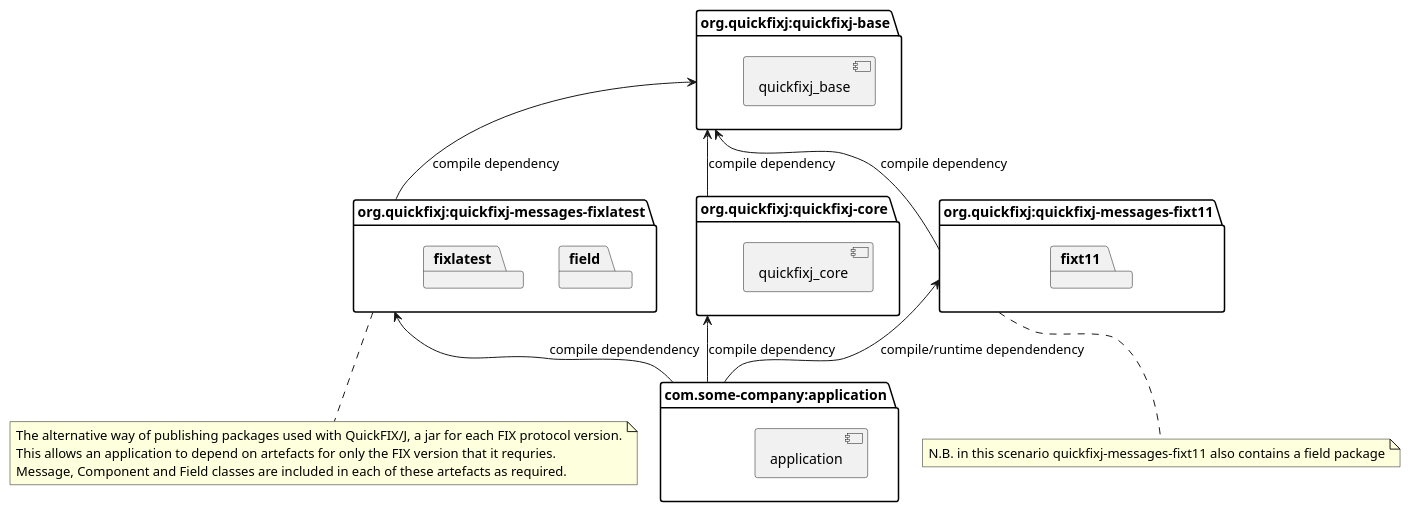
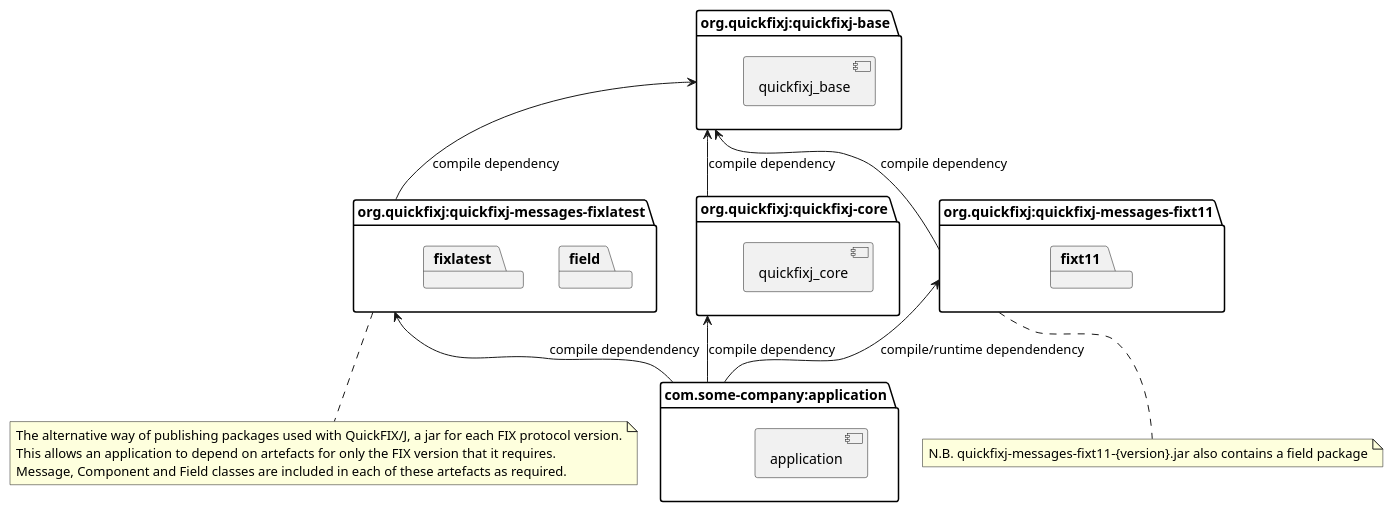
Before and after one commit to quickfix-j/quickfixj: the diagram in src/main/puml/dependencies_fixt11_fixlatest.puml, drawn with PlantUML. The commit also changed 23 other files, not shown here.

```diff
--- a/src/main/puml/dependencies_fixt11_fixlatest.puml
+++ b/src/main/puml/dependencies_fixt11_fixlatest.puml
@@ -1,43 +1,43 @@
 @startuml
 
 package "org.quickfixj:quickfixj-core" as core {
 component quickfixj_core
 }
 
 package "org.quickfixj:quickfixj-base"  as base {
 component quickfixj_base
 }
 
 package "com.some-company:application"  as userapp {
 component application
 }
 
 package "org.quickfixj:quickfixj-messages-fixlatest"  as fix_latest {
 package field
 package fixlatest
 }
 
 package "org.quickfixj:quickfixj-messages-fixt11"  as fix_t11 {
 package fixt11
 }
 
 note bottom of  fix_t11
-N.B. in this scenario quickfixj-messages-fixt11 also contains a field package
+N.B. quickfixj-messages-fixt11-{version}.jar also contains a field package
 end note
 
 note bottom of fix_latest
 The alternative way of publishing packages used with QuickFIX/J, a jar for each FIX protocol version.
-This allows an application to depend on artefacts for only the FIX version that it requries.
+This allows an application to depend on artefacts for only the FIX version that it requires.
 Message, Component and Field classes are included in each of these artefacts as required.
 end note
 
 
 core -up-> base : compile dependency
 userapp -up-> core : compile dependency
 userapp -up-> fix_t11  : compile/runtime dependendency
 userapp -up-> fix_latest  : compile dependendency
 
 fix_latest -up-> base : compile dependency
 fix_t11 -up-> base : compile dependency
 
 @enduml
```
